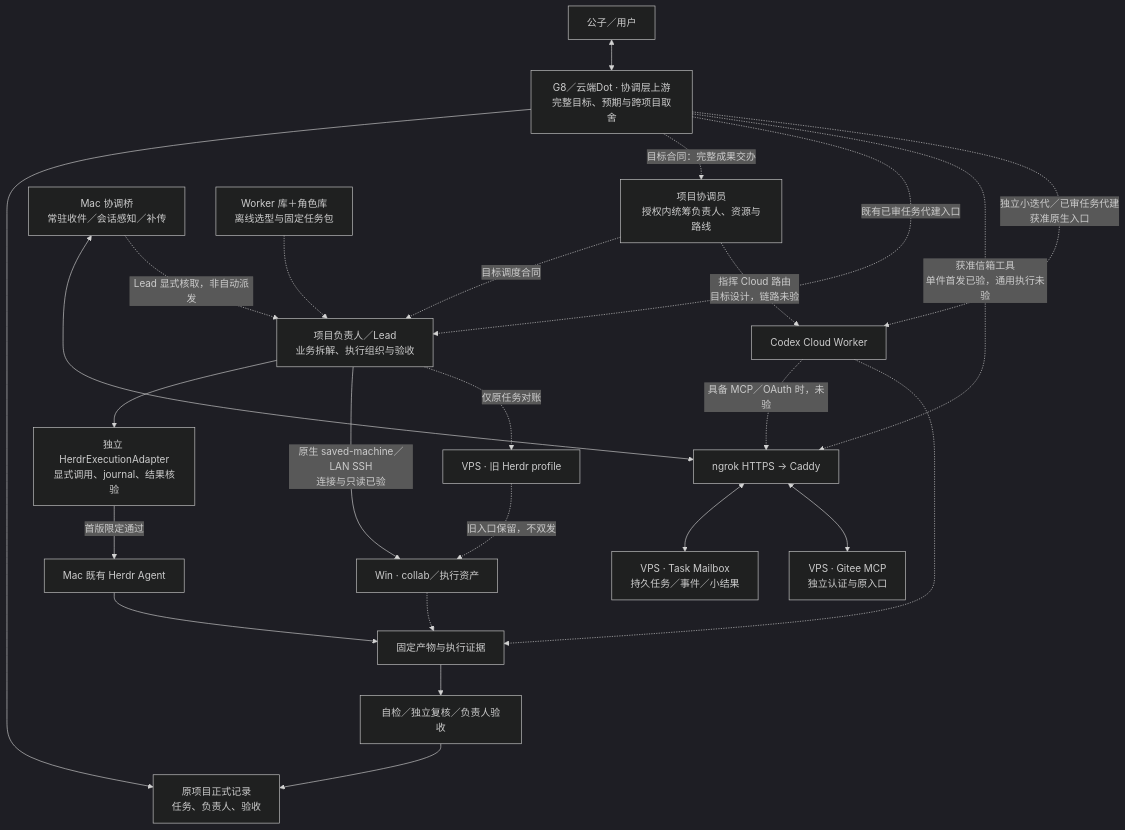
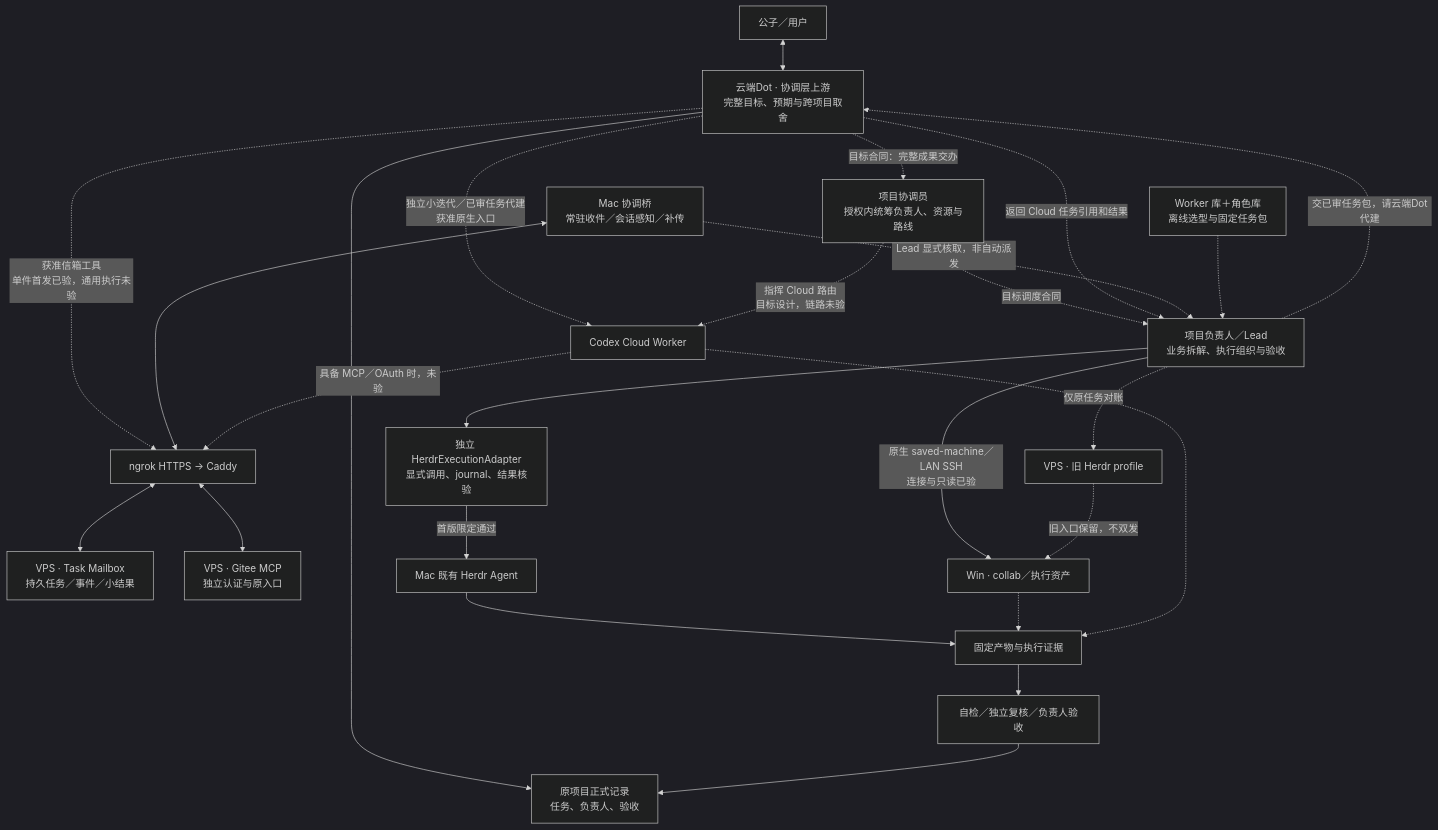
Before and after one commit to CF-FE/herdr-4-codexcloud: the diagram in docs/architecture.md, drawn with Mermaid (dark theme). The commit also changed other lines of this file and 14 other files, not shown here.

````diff
--- a/docs/architecture.md
+++ b/docs/architecture.md
@@ -41,27 +41,28 @@
 ```mermaid
 flowchart TD
-    U["公子／用户"] <--> D["G8／云端Dot · 协调层上游<br/>完整目标、预期与跨项目取舍"]
+    U["公子／用户"] <--> D["云端Dot · 协调层上游<br/>完整目标、预期与跨项目取舍"]
     D --> R["原项目正式记录<br/>任务、负责人、验收"]
     D -.->|"目标合同：完整成果交办"| CO["项目协调员<br/>授权内统筹负责人、资源与路线"]
     CO -.->|"目标调度合同"| L["项目负责人／Lead<br/>业务拆解、执行组织与验收"]
-    D -.->|"既有已审任务代建入口"| L
+    L -.->|"交已审任务包，请云端Dot代建"| D
+    D -.->|"返回 Cloud 任务引用和结果"| L
     D -.->|"获准信箱工具<br/>单件首发已验，通用执行未验"| HTTPS["ngrok HTTPS → Caddy"]
     HTTPS <--> MB["VPS · Task Mailbox<br/>持久任务／事件／小结果"]
     HTTPS <--> GT["VPS · Gitee MCP<br/>独立认证与原入口"]
     B["Mac 协调桥<br/>常驻收件／会话感知／补传"] <--> HTTPS
     B -.->|"Lead 显式核取，非自动派发"| L
     K["Worker 库＋角色库<br/>离线选型与固定任务包"] -.-> L
     L --> E["独立 HerdrExecutionAdapter<br/>显式调用、journal、结果核验"]
     E -->|"首版限定通过"| A["Mac 既有 Herdr Agent"]
     L -->|"原生 saved-machine／LAN SSH<br/>连接与只读已验"| W["Win · collab／执行资产"]
     L -.->|"仅原任务对账"| V["VPS · 旧 Herdr profile"]
     V -.->|"旧入口保留，不双发"| W
     D -.->|"独立小迭代／已审任务代建<br/>获准原生入口"| C["Codex Cloud Worker"]
     CO -.->|"指挥 Cloud 路由<br/>目标设计，链路未验"| C
     C -.->|"具备 MCP／OAuth 时，未验"| HTTPS
     A --> F["固定产物与执行证据"]
     W -.-> F
     C -.-> F
     F --> Q["自检／独立复核／负责人验收"]
     Q --> R
 ```
````
